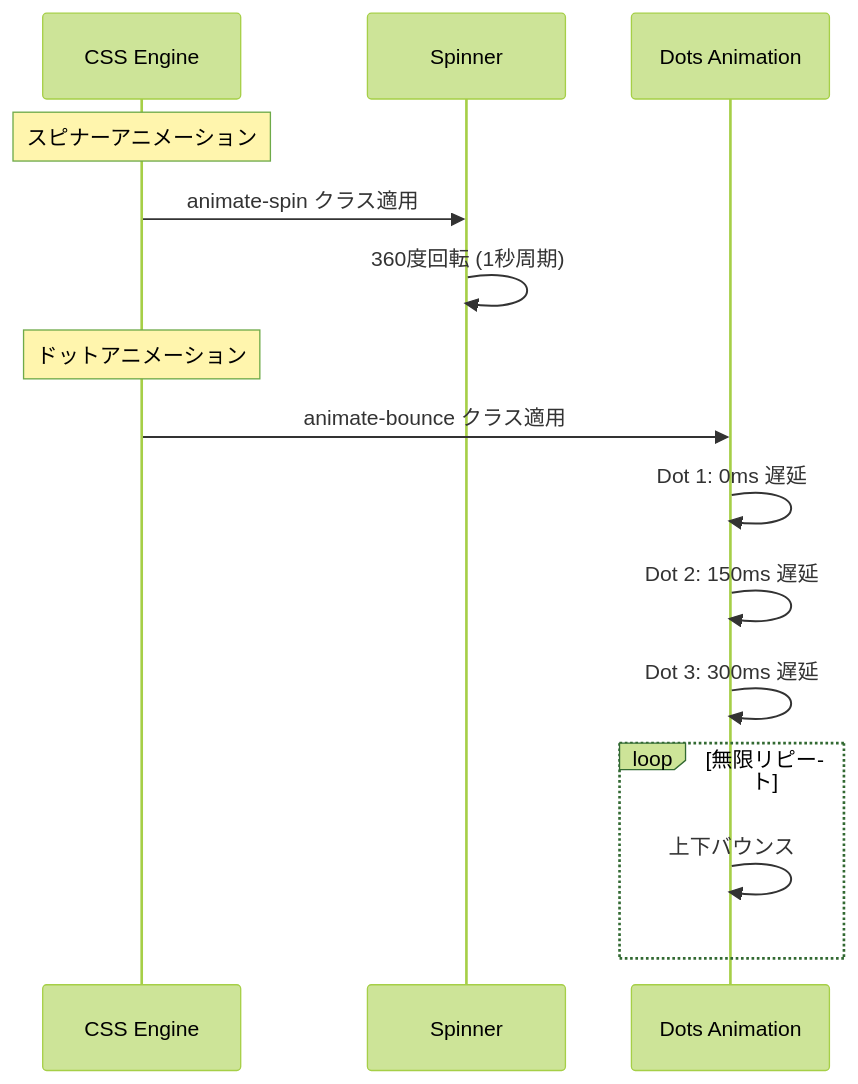
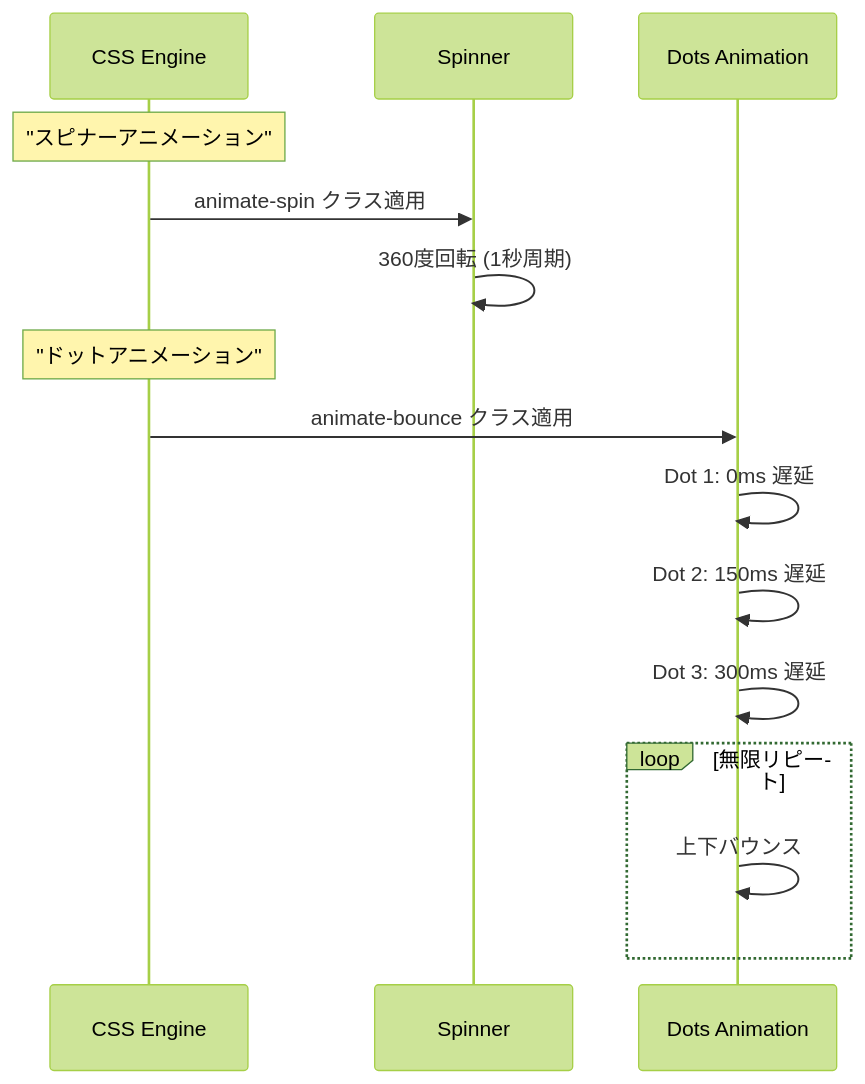
Before and after one commit to wasabi49/ocs-systemDevelopmentExercises: the eighth of 8 diagrams in document/components/sequence/Loading.md, drawn with Mermaid (forest theme). The commit also changed other lines of this file and 42 other files, not shown here.

First line of the commit message:
fix: mermaidシーケンス図のNote over文でダブルクォーテーション不足を修正

````diff
--- a/document/components/sequence/Loading.md
+++ b/document/components/sequence/Loading.md
@@ -179,20 +179,20 @@
 ```mermaid
 sequenceDiagram
     participant CSS as CSS Engine
     participant Spinner as Spinner
     participant Dots as Dots Animation
 
-    Note over CSS: スピナーアニメーション
+    Note over CSS: "スピナーアニメーション"
     CSS->>Spinner: animate-spin クラス適用
     Spinner->>Spinner: 360度回転 (1秒周期)
     
-    Note over CSS: ドットアニメーション
+    Note over CSS: "ドットアニメーション"
     CSS->>Dots: animate-bounce クラス適用
     Dots->>Dots: Dot 1: 0ms 遅延
     Dots->>Dots: Dot 2: 150ms 遅延
     Dots->>Dots: Dot 3: 300ms 遅延
     
     loop 無限リピート
         Dots->>Dots: 上下バウンス
     end
 ```
````
